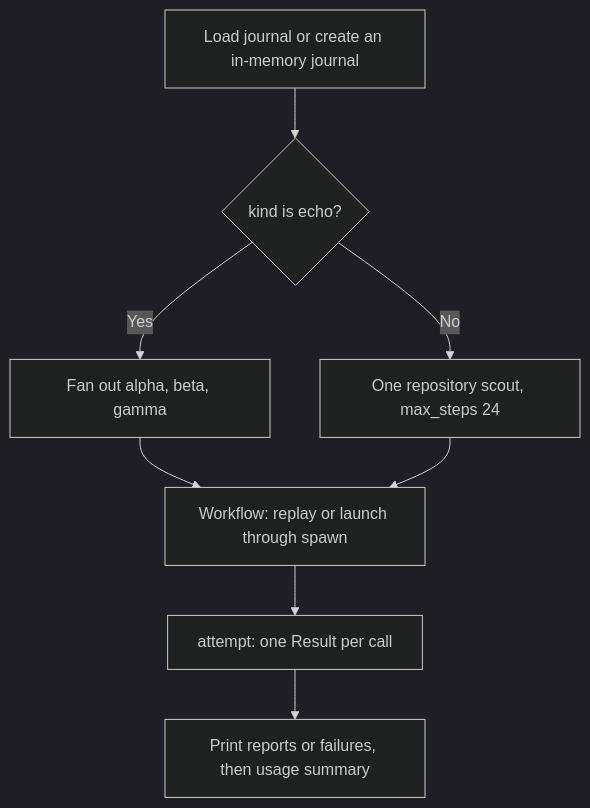
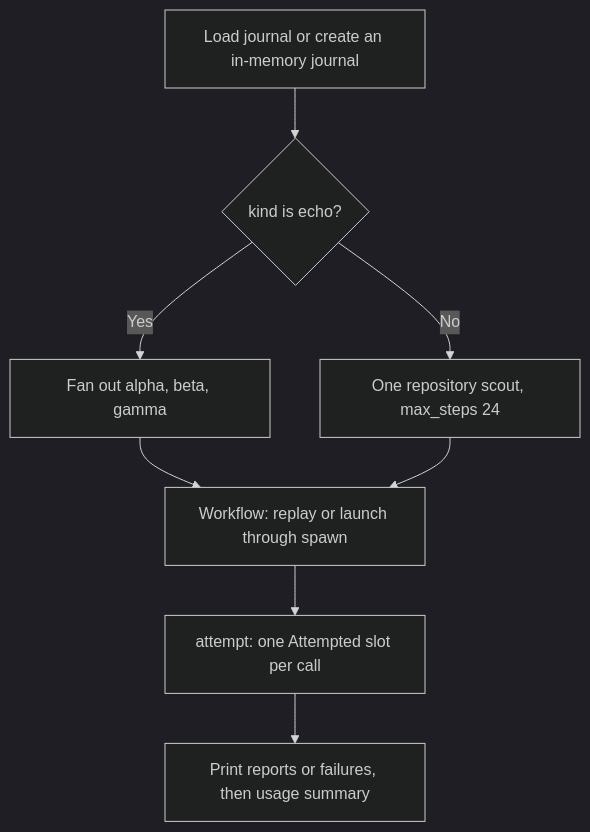
One commit to moonbitlang/workflow changed the diagram in examples/scout/README.mbt.md. Above: the diagram before and after it, drawn with Mermaid (dark theme). The commit also changed 6 other files, not shown here.

First line of the commit message:
fix(combinators): attempt returns an Attempted slot, not a Result

````diff
--- a/examples/scout/README.mbt.md
+++ b/examples/scout/README.mbt.md
@@ -64,10 +64,10 @@
 ```mermaid
 flowchart TD
   Start["Load journal or create an in-memory journal"] --> Kind{"kind is echo?"}
   Kind -->|Yes| Probes["Fan out alpha, beta, gamma"]
   Kind -->|No| Scout["One repository scout, max_steps 24"]
   Probes --> Call["Workflow: replay or launch through spawn"]
   Scout --> Call
-  Call --> Result["attempt: one Result per call"]
+  Call --> Result["attempt: one Attempted slot per call"]
   Result --> Print["Print reports or failures, then usage summary"]
 ```
````
